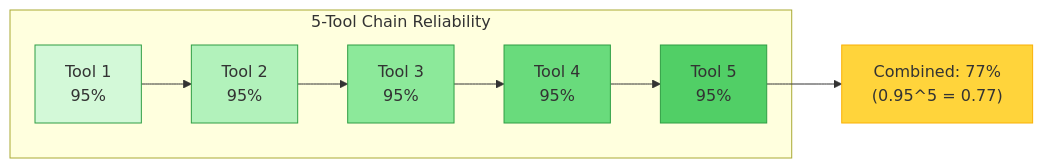
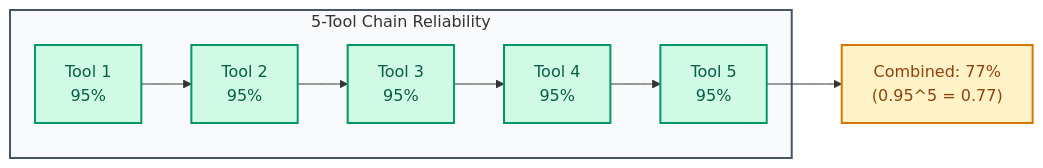
The diagram in 06-operations/tool-reliability.md (whoisrade/agentic-field-manual), drawn with Mermaid before and after one commit. The commit also changed 18 other files, not shown here.

Commit message:
refine mermaid diagrams with enterprise color palette

````diff
--- a/06-operations/tool-reliability.md
+++ b/06-operations/tool-reliability.md
@@ -34,18 +34,19 @@
 ```mermaid
 flowchart LR
     subgraph Chain["5-Tool Chain Reliability"]
         T1["Tool 1<br/>95%"] --> T2["Tool 2<br/>95%"]
         T2 --> T3["Tool 3<br/>95%"]
         T3 --> T4["Tool 4<br/>95%"]
         T4 --> T5["Tool 5<br/>95%"]
     end
     
     T5 --> Result["Combined: 77%<br/>(0.95^5 = 0.77)"]
     
-    style T1 fill:#d3f9d8,stroke:#2f9e44
-    style T2 fill:#b2f2bb,stroke:#2f9e44
-    style T3 fill:#8ce99a,stroke:#2f9e44
-    style T4 fill:#69db7c,stroke:#2f9e44
-    style T5 fill:#51cf66,stroke:#2f9e44
-    style Result fill:#ffd43b,stroke:#fab005
+    style Chain fill:#f8fafc,stroke:#475569,stroke-width:2px
+    style T1 fill:#d1fae5,stroke:#059669,stroke-width:2px,color:#065f46
+    style T2 fill:#d1fae5,stroke:#059669,stroke-width:2px,color:#065f46
+    style T3 fill:#d1fae5,stroke:#059669,stroke-width:2px,color:#065f46
+    style T4 fill:#d1fae5,stroke:#059669,stroke-width:2px,color:#065f46
+    style T5 fill:#d1fae5,stroke:#059669,stroke-width:2px,color:#065f46
+    style Result fill:#fef3c7,stroke:#d97706,stroke-width:2px,color:#92400e
 ```
````
